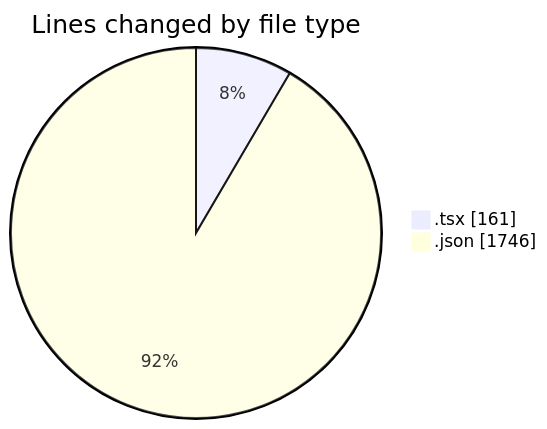
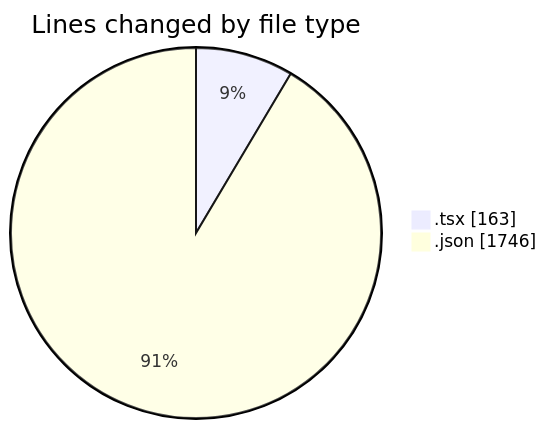
The first of 2 diagrams in 2025-10-30/eventscop-frontend-guide__workspace_/README.md (julien-gomy/code-tracking), drawn with Mermaid before and after one commit. The commit also changed other lines of this file and 1 other file, not shown here.

````diff
--- a/2025-10-30/eventscop-frontend-guide__workspace_/README.md
+++ b/2025-10-30/eventscop-frontend-guide__workspace_/README.md
@@ -22,6 +22,6 @@
 ```mermaid
 pie showData
 title Lines changed by file type
-".tsx" : 161
+".tsx" : 163
 ".json" : 1746
 ```
````
